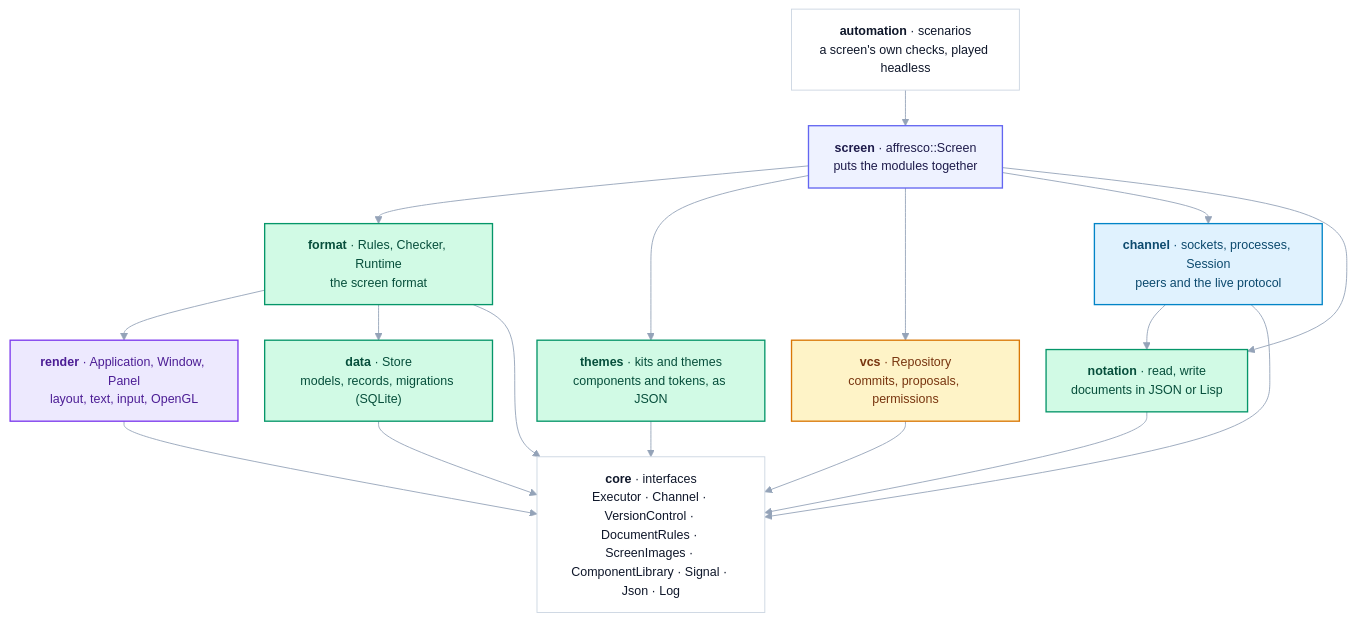
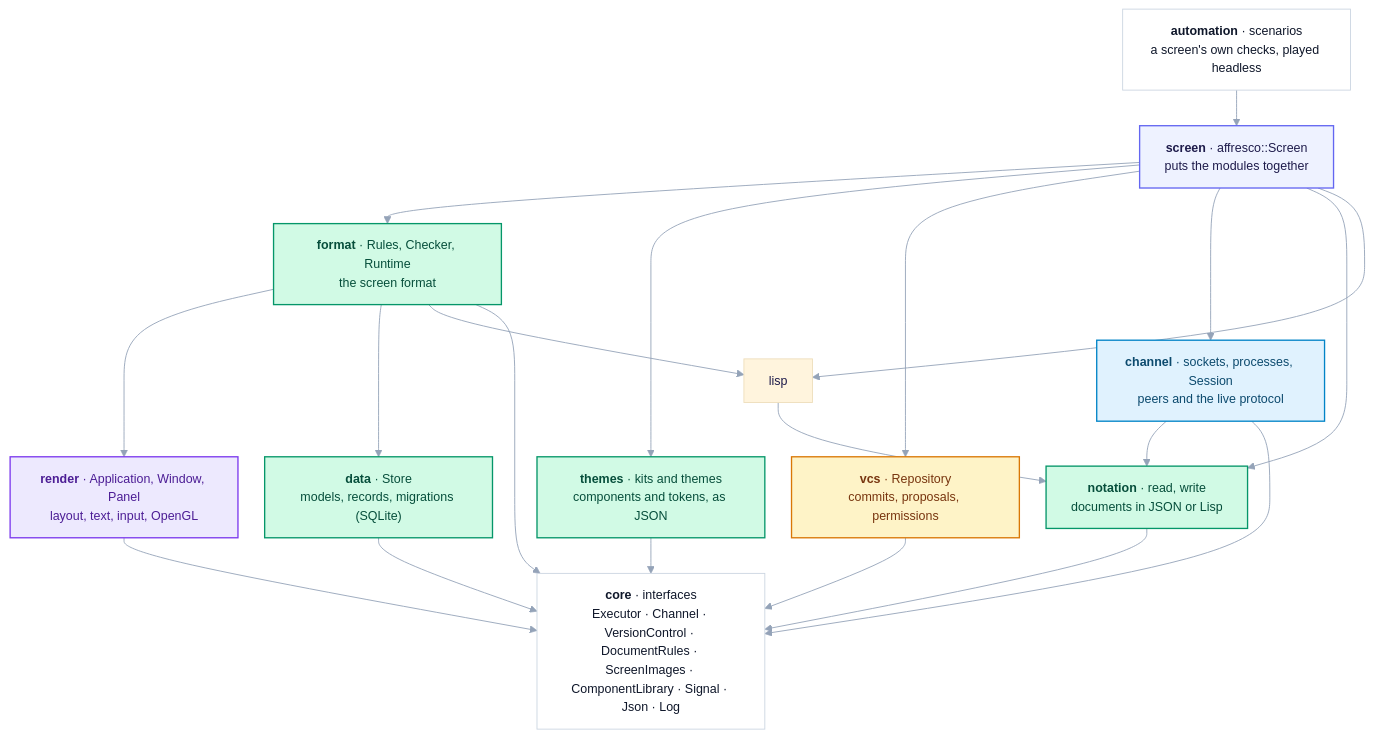
One commit to RiccardoSottini/AffrescoUI changed the first of 3 diagrams in ARCHITECTURE.md. Above: the diagram before and after it, drawn with Mermaid. The commit also changed other lines of this file and 478 other files, not shown here.

````diff
--- a/ARCHITECTURE.md
+++ b/ARCHITECTURE.md
@@ -35,37 +35,39 @@
 ```mermaid
 %%{init: {"theme": "base", "flowchart": {"nodeSpacing": 30, "rankSpacing": 40, "padding": 14}, "themeVariables": {"fontFamily": "Helvetica, Arial, sans-serif", "fontSize": "14px", "lineColor": "#94A3B8", "primaryTextColor": "#0F172A", "edgeLabelBackground": "#FFFFFF"}}}%%
 flowchart TB
     automation["<b>automation</b> · scenarios<br/>a screen's own checks, played headless"]
     screen["<b>screen</b> · affresco::Screen<br/>puts the modules together"]
     format["<b>format</b> · Rules, Checker, Runtime<br/>the screen format"]
     themes["<b>themes</b> · kits and themes<br/>components and tokens, as JSON"]
     data["<b>data</b> · Store<br/>models, records, migrations (SQLite)"]
     vcs["<b>vcs</b> · Repository<br/>commits, proposals, permissions"]
     channel["<b>channel</b> · sockets, processes, Session<br/>peers and the live protocol"]
     notation["<b>notation</b> · read, write<br/>documents in JSON or Lisp"]
     render["<b>render</b> · Application, Window, Panel<br/>layout, text, input, OpenGL"]
     core["<b>core</b> · interfaces<br/>Executor · Channel · VersionControl · DocumentRules · ScreenImages · ComponentLibrary · Signal · Json · Log"]
 
     automation --> screen
     screen --> format & themes & vcs & channel
     format --> render & data
     screen & channel --> notation
+    format & screen --> lisp
+    lisp --> notation
     format & themes & vcs & channel & render & data & notation --> core
 
     classDef root fill:#EEF2FF,stroke:#6366F1,stroke-width:1.5px,color:#1E1B4B
     classDef c_channel fill:#E0F2FE,stroke:#0284C7,stroke-width:1.5px,color:#0C4A6E
     classDef c_vcs fill:#FEF3C7,stroke:#D97706,stroke-width:1.5px,color:#78350F
     classDef c_format fill:#D1FAE5,stroke:#059669,stroke-width:1.5px,color:#064E3B
     classDef c_render fill:#EDE9FE,stroke:#7C3AED,stroke-width:1.5px,color:#4C1D95
     classDef c_core fill:#FFFFFF,stroke:#CBD5E1,stroke-width:1px,color:#0F172A
     class screen root
     class automation c_core
     class channel c_channel
     class vcs c_vcs
     class format c_format
     class data c_format
     class themes c_format
     class notation c_format
     class render c_render
     class core c_core
 ```
````
